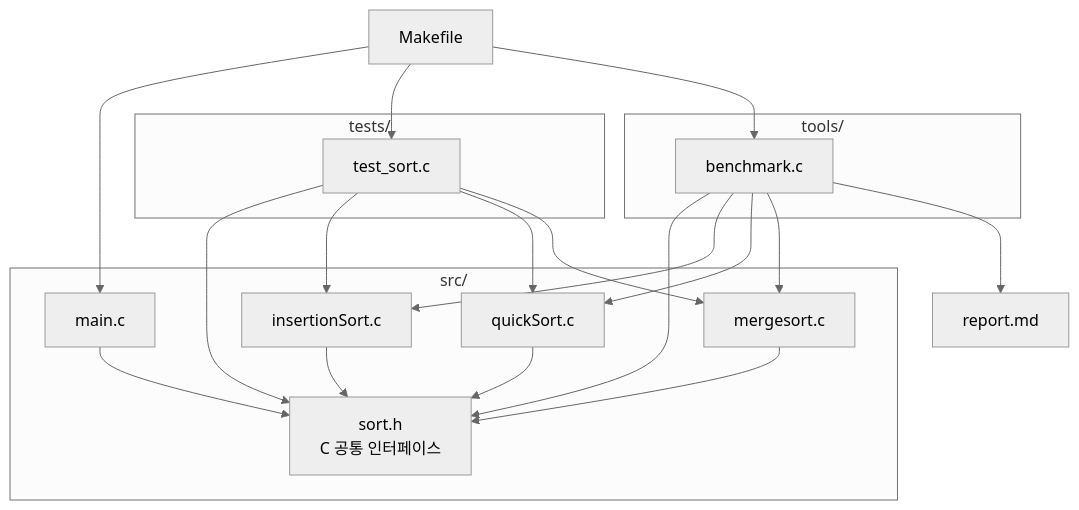
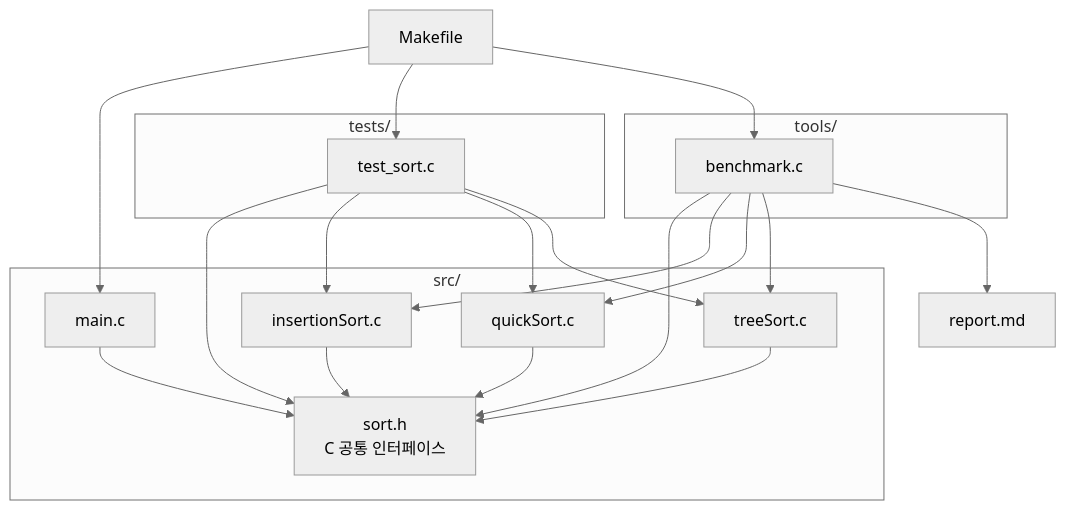
Before and after one commit to ramzz527/hw1-2026-SeminAhn: the first of 10 diagrams in report.md, drawn with Mermaid (neutral theme). The commit also changed other lines of this file and 11 other files, not shown here.

````diff
--- a/report.md
+++ b/report.md
@@ -19,34 +41,34 @@
 ```mermaid
 flowchart TB
     make["Makefile"]
     report["report.md"]
     subgraph src["src/"]
         header["sort.h\nC 공통 인터페이스"]
         insertion["insertionSort.c"]
         quick["quickSort.c"]
-        merge["mergesort.c"]
+        tree["treeSort.c"]
         main["main.c"]
     end
     subgraph tools["tools/"]
         benchmark["benchmark.c"]
     end
     subgraph tests["tests/"]
         test["test_sort.c"]
     end
     insertion --> header
     quick --> header
-    merge --> header
+    tree --> header
     main --> header
     test --> header
     test --> insertion
     test --> quick
-    test --> merge
+    test --> tree
     benchmark --> header
     benchmark --> insertion
     benchmark --> quick
-    benchmark --> merge
+    benchmark --> tree
     benchmark --> report
     make --> main
     make --> test
     make --> benchmark
 ```
````
